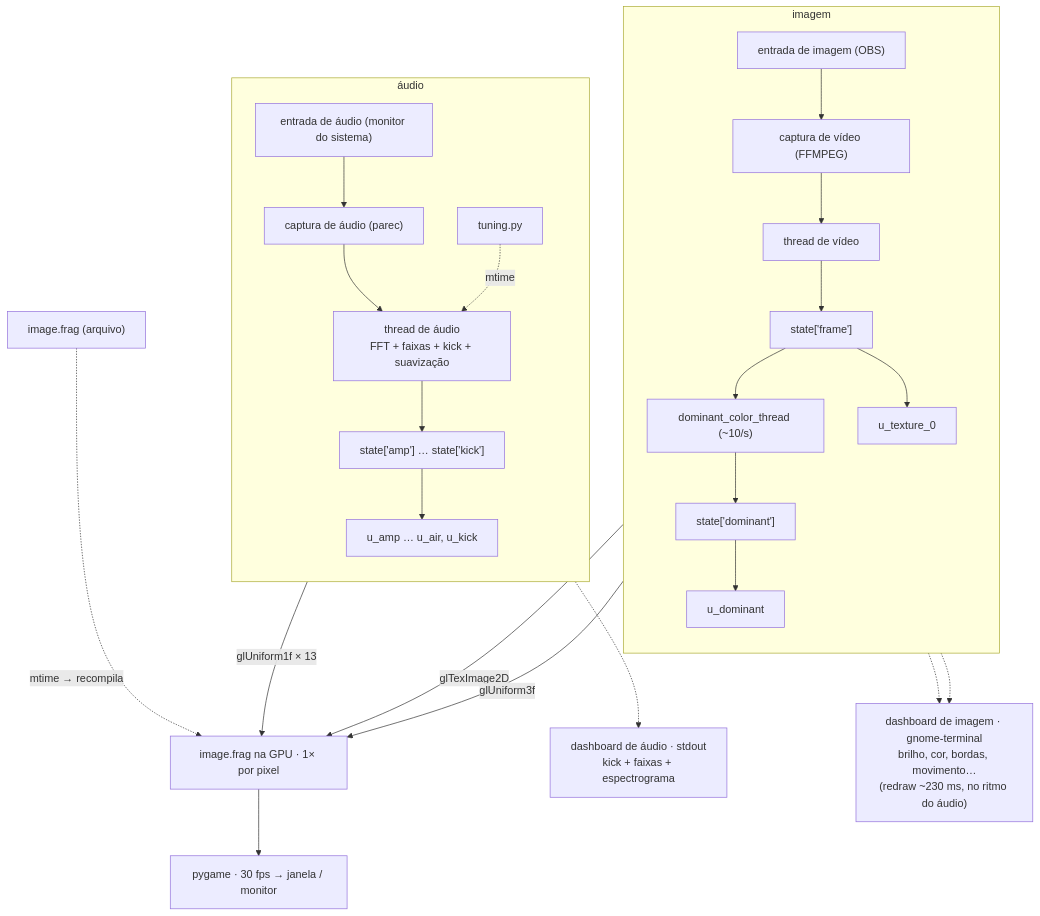
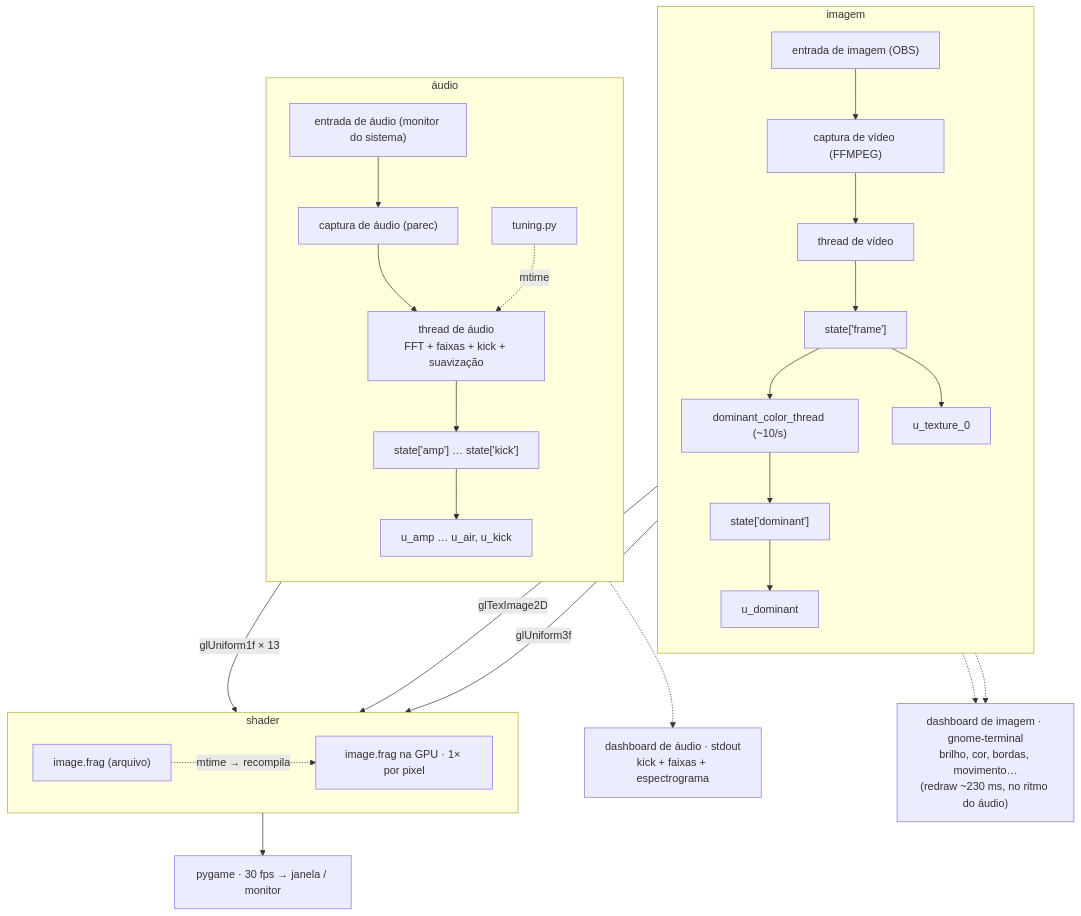
Before and after one commit to paulocremas/cremas-synth-lab: the first of 2 diagrams in README.md, drawn with Mermaid.

Commit message:
Flow 1: box shader file + GPU node in an LR subgraph so they sit side by side

````diff
--- a/README.md
+++ b/README.md
@@ -43,32 +43,37 @@
 ```mermaid
 flowchart TD
     subgraph IMG_SIDE["imagem"]
         direction TB
         IMG["entrada de imagem (OBS)"] --> CAPV["captura de vídeo (FFMPEG)"]
         CAPV --> VT["thread de vídeo"]
         VT --> SF["state['frame']"]
         SF --> DCT["dominant_color_thread (~10/s)"]
         DCT --> SD["state['dominant']"]
         SF --> UTEX["u_texture_0"]
         SD --> UDOM["u_dominant"]
     end
 
     subgraph AUD_SIDE["áudio"]
         direction TB
         AUD["entrada de áudio (monitor do sistema)"] --> CAPA["captura de áudio (parec)"]
         CAPA --> AT["thread de áudio<br/>FFT + faixas + kick + suavização"]
         AT --> SA["state['amp'] … state['kick']"]
         SA --> UAUD["u_amp … u_air, u_kick"]
         TUN["tuning.py"] -.->|"mtime"| AT
     end
 
-    UTEX -->|"glTexImage2D"| GPU["image.frag na GPU · 1× por pixel"]
+    UTEX -->|"glTexImage2D"| GPU
     UDOM -->|"glUniform3f"| GPU
-    FRAG["image.frag (arquivo)"] -.->|"mtime → recompila"| GPU
     UAUD -->|"glUniform1f × 13"| GPU
+
+    subgraph SHADER["shader"]
+        direction LR
+        FRAG["image.frag (arquivo)"] -.->|"mtime → recompila"| GPU["image.frag na GPU · 1× por pixel"]
+    end
+
     GPU --> WIN["pygame · 30 fps → janela / monitor"]
 
     AT -.-> DASH_A["dashboard de áudio · stdout<br/>kick + faixas + espectrograma"]
     SF -.-> DASH_I["dashboard de imagem · gnome-terminal<br/>brilho, cor, bordas, movimento…<br/>(redraw ~230 ms, no ritmo do áudio)"]
     SD -.-> DASH_I
 ```
````
